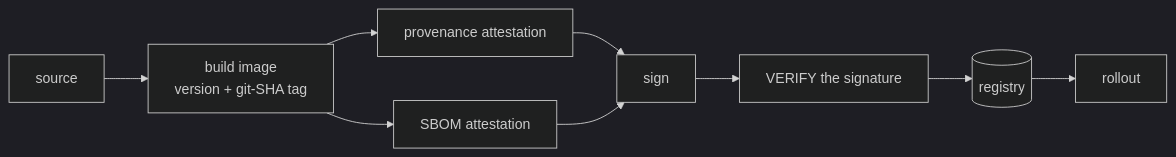
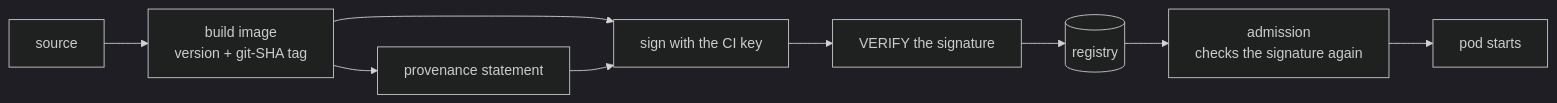
The diagram in docs/devsecops.md (schultzzznet/schultzzznet), drawn with Mermaid (dark theme) before and after one commit. The commit also changed other lines of this file and 30 other files, not shown here.

````diff
--- a/docs/devsecops.md
+++ b/docs/devsecops.md
@@ -85,11 +82,11 @@
 ```mermaid
 flowchart LR
   S["source"] --> B["build image<br/>version + git-SHA tag"]
-  B --> P["provenance attestation"]
-  B --> M["SBOM attestation"]
-  P --> G["sign"]
-  M --> G
+  B --> P["provenance statement"]
+  B --> G["sign with the CI key"]
+  P --> G
   G --> V["VERIFY the signature"]
   V --> R[("registry")]
-  R --> K["rollout"]
+  R --> A["admission<br/>checks the signature again"]
+  A --> K["pod starts"]
 ```
````
